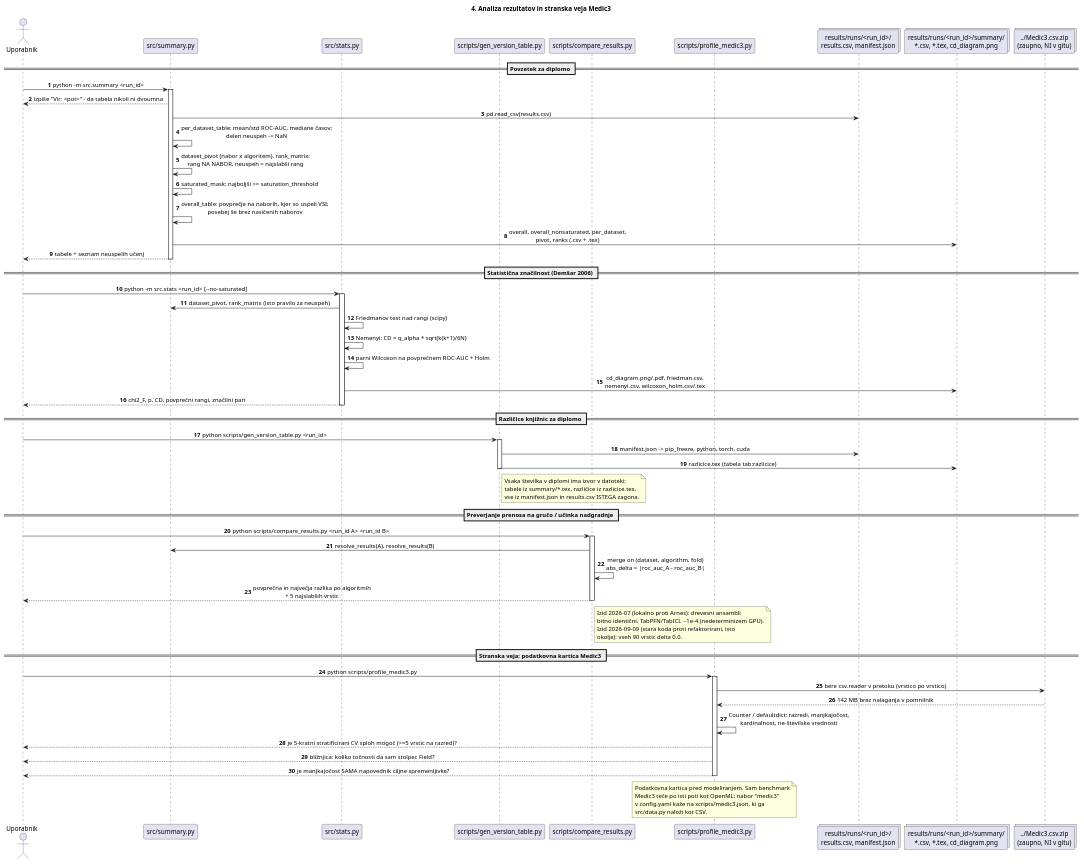
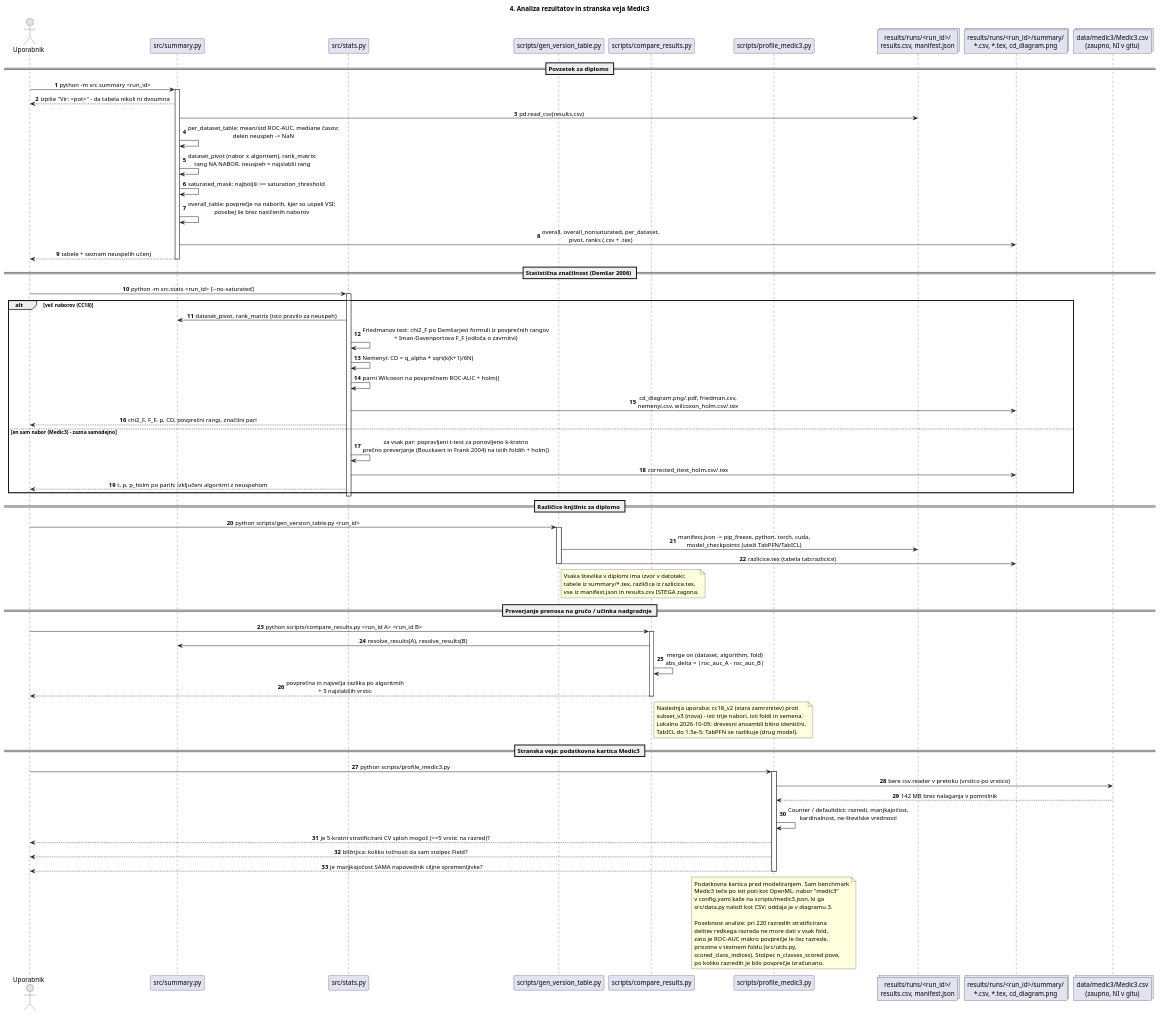
Before and after one commit to TilenZrnec/Diplomsko-delo_Koda: the fourth of 4 diagrams in razlaga_repozitorija/zaporedje.puml, drawn with PlantUML. The commit also changed other lines of this file and 24 other files, not shown here.

```diff
--- a/razlaga_repozitorija/zaporedje.puml
+++ b/razlaga_repozitorija/zaporedje.puml
@@ -327,92 +367,105 @@
 @startuml 04_analiza
 title 4. Analiza rezultatov in stranska veja Medic3
 
 skinparam sequenceMessageAlign center
 autonumber
 
 actor "Uporabnik" as U
 participant "src/summary.py" as SUM
 participant "src/stats.py" as STAT
 participant "scripts/gen_version_table.py" as VER
 participant "scripts/compare_results.py" as CMP
 participant "scripts/profile_medic3.py" as MED
 collections "results/runs/<run_id>/\nresults.csv, manifest.json" as RES
 collections "results/runs/<run_id>/summary/\n*.csv, *.tex, cd_diagram.png" as SUMOUT
-collections "../Medic3.csv.zip\n(zaupno, NI v gitu)" as M3
+collections "data/medic3/Medic3.csv\n(zaupno, NI v gitu)" as M3
 
 == Povzetek za diplomo ==
 
 U -> SUM : python -m src.summary <run_id>
 activate SUM
 SUM --> U : izpiše "Vir: <pot>" - da tabela nikoli ni dvoumna
 SUM -> RES : pd.read_csv(results.csv)
 SUM -> SUM : per_dataset_table: mean/std ROC-AUC, mediane časov;\ndelen neuspeh -> NaN
 SUM -> SUM : dataset_pivot (nabor x algoritem), rank_matrix:\nrang NA NABOR, neuspeh = najslabši rang
 SUM -> SUM : saturated_mask: najboljši >= saturation_threshold
 SUM -> SUM : overall_table: povprečje na naborih, kjer so uspeli VSI;\nposebej še brez nasičenih naborov
 SUM -> SUMOUT : overall, overall_nonsaturated, per_dataset,\npivot, ranks (.csv + .tex)
 SUM --> U : tabele + seznam neuspelih učenj
 deactivate SUM
 
 == Statistična značilnost (Demšar 2006) ==
 
 U -> STAT : python -m src.stats <run_id> [~--no-saturated]
 activate STAT
-STAT -> SUM : dataset_pivot, rank_matrix (isto pravilo za neuspeh)
-STAT -> STAT : Friedmanov test nad rangi (scipy)
-STAT -> STAT : Nemenyi: CD = q_alpha * sqrt(k(k+1)/6N)
-STAT -> STAT : parni Wilcoxon na povprečnem ROC-AUC + Holm
-STAT -> SUMOUT : cd_diagram.png/.pdf, friedman.csv,\nnemenyi.csv, wilcoxon_holm.csv/.tex
-STAT --> U : chi2_F, p, CD, povprečni rangi, značilni pari
+alt več naborov (CC18)
+    STAT -> SUM : dataset_pivot, rank_matrix (isto pravilo za neuspeh)
+    STAT -> STAT : Friedmanov test: chi2_F po Demšarjevi formuli iz povprečnih rangov\n+ Iman-Davenportova F_F (odloča o zavrnitvi)
+    STAT -> STAT : Nemenyi: CD = q_alpha * sqrt(k(k+1)/6N)
+    STAT -> STAT : parni Wilcoxon na povprečnem ROC-AUC + holm()
+    STAT -> SUMOUT : cd_diagram.png/.pdf, friedman.csv,\nnemenyi.csv, wilcoxon_holm.csv/.tex
+    STAT --> U : chi2_F, F_F, p, CD, povprečni rangi, značilni pari
+else en sam nabor (Medic3) - zazna samodejno
+    STAT -> STAT : za vsak par: popravljeni t-test za ponovljeno k-kratno\nprečno preverjanje (Bouckaert in Frank 2004) na istih foldih + holm()
+    STAT -> SUMOUT : corrected_ttest_holm.csv/.tex
+    STAT --> U : t, p, p_holm po parih; izključeni algoritmi z neuspehom
+end
 deactivate STAT
 
 == Različice knjižnic za diplomo ==
 
 U -> VER : python scripts/gen_version_table.py <run_id>
 activate VER
-VER -> RES : manifest.json -> pip_freeze, python, torch, cuda
+VER -> RES : manifest.json -> pip_freeze, python, torch, cuda,\nmodel_checkpoints (uteži TabPFN/TabICL)
 VER -> SUMOUT : razlicice.tex (tabela tab:razlicice)
 deactivate VER
 
 note right of VER
   Vsaka številka v diplomi ima izvor v datoteki:
   tabele iz summary/*.tex, različice iz razlicice.tex,
   vse iz manifest.json in results.csv ISTEGA zagona.
 end note
 
 == Preverjanje prenosa na gručo / učinka nadgradnje ==
 
 U -> CMP : python scripts/compare_results.py <run_id A> <run_id B>
 activate CMP
 CMP -> SUM : resolve_results(A), resolve_results(B)
 CMP -> CMP : merge on (dataset, algorithm, fold)\nabs_delta = |roc_auc_A - roc_auc_B|
 CMP --> U : povprečna in največja razlika po algoritmih\n+ 5 najslabših vrstic
 deactivate CMP
 
 note right of CMP
-  Izid 2026-07 (lokalno proti Arnes): drevesni ansambli
-  bitno identični, TabPFN/TabICL ~1e-4 (nedeterminizem GPU).
-  Izid 2026-09-09 (stara koda proti refaktorirani, isto
-  okolje): vseh 90 vrstic delta 0.0.
+  Naslednja uporaba: cc18_v2 (stara zamrznitev) proti
+  subset_v3 (nova) - isti trije nabori, isti foldi in semena.
+  Lokalno 2026-10-05: drevesni ansambli bitno identični,
+  TabICL do 1.5e-5; TabPFN se razlikuje (drug model).
 end note
 
 == Stranska veja: podatkovna kartica Medic3 ==
 
 U -> MED : python scripts/profile_medic3.py
 activate MED
 MED -> M3 : bere csv.reader v pretoku (vrstico po vrstico)
 M3 --> MED : 142 MB brez nalaganja v pomnilnik
 MED -> MED : Counter / defaultdict: razredi, manjkajočost,\nkardinalnost, ne-številske vrednosti
 MED --> U : je 5-kratni stratificirani CV sploh mogoč (>=5 vrstic na razred)?
 MED --> U : bližnjica: koliko točnosti da sam stolpec Field?
 MED --> U : je manjkajočost SAMA napovednik ciljne spremenljivke?
 deactivate MED
 
 note over MED
   Podatkovna kartica pred modeliranjem. Sam benchmark
   Medic3 teče po isti poti kot OpenML: nabor "medic3"
   v config.yaml kaže na scripts/medic3.json, ki ga
-  src/data.py naloži kot CSV.
+  src/data.py naloži kot CSV; oddaja je v diagramu 3.
+
+  Posebnost analize: pri 220 razredih stratificirana
+  delitev redkega razreda ne more dati v vsak fold,
+  zato je ROC-AUC makro povprečje le čez razrede,
+  prisotne v testnem foldu (src/utils.py,
+  scored_class_indices). Stolpec n_classes_scored pove,
+  po koliko razredih je bilo povprečje izračunano.
 end note
 
 @enduml
```
